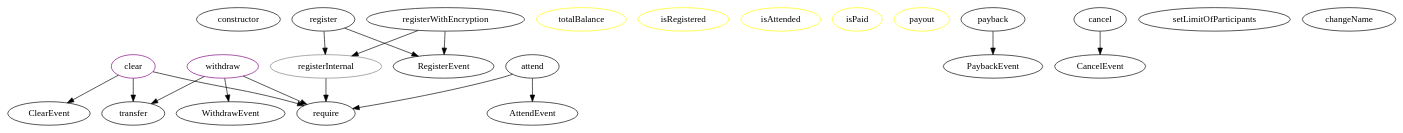
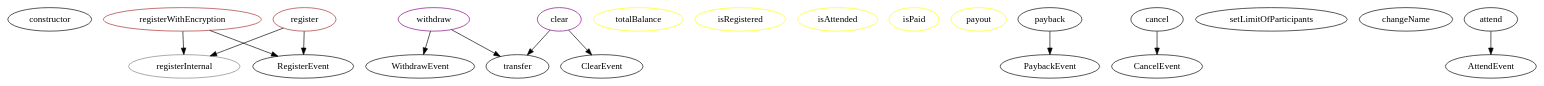
The diagram in doc/Conference.dot (makoto/blockparty), drawn with Graphviz before and after one commit. The commit also changed 69 other files, not shown here.

```diff
--- a/doc/Conference.dot
+++ b/doc/Conference.dot
@@ -1,41 +1,36 @@
 strict digraph {
   constructor
-  registerWithEncryption [color=lilac]
+  registerWithEncryption [color=brown]
   registerInternal [color=gray]
   RegisterEvent
-  register [color=lilac]
-  require
+  register [color=brown]
   withdraw [color=purple]
   transfer
   WithdrawEvent
   totalBalance [color=yellow]
   isRegistered [color=yellow]
   isAttended [color=yellow]
   isPaid [color=yellow]
   payout [color=yellow]
   payback
   PaybackEvent
   cancel
   CancelEvent
   clear [color=purple]
   ClearEvent
   setLimitOfParticipants
   changeName
   attend
   AttendEvent
   registerWithEncryption -> registerInternal
   registerWithEncryption -> RegisterEvent
   register -> registerInternal
   register -> RegisterEvent
-  registerInternal -> require
-  withdraw -> require
   withdraw -> transfer
   withdraw -> WithdrawEvent
   payback -> PaybackEvent
   cancel -> CancelEvent
-  clear -> require
   clear -> transfer
   clear -> ClearEvent
-  attend -> require
   attend -> AttendEvent
 }
```
